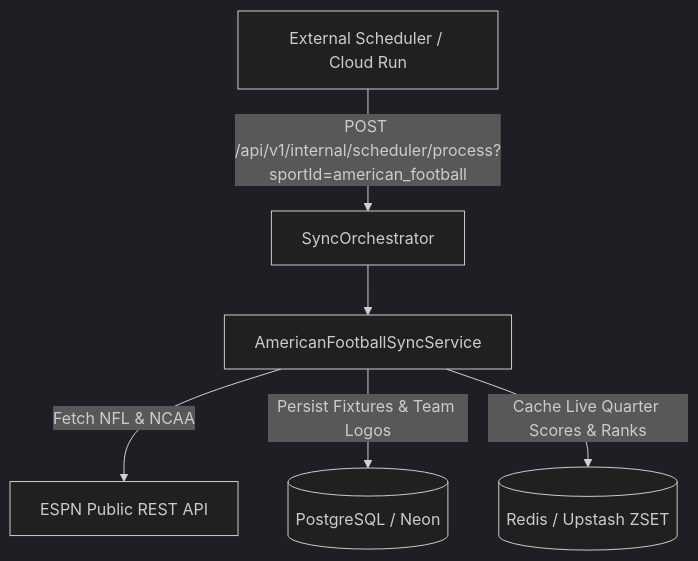
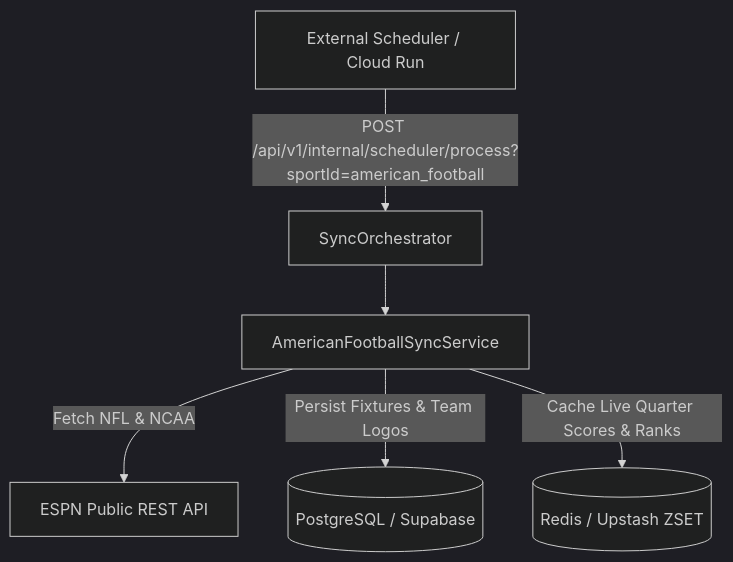
The diagram in docs/nfl_prd.md (lvmp/ligadospalpites-core), drawn with Mermaid (dark theme) before and after one commit. The commit also changed 18 other files, not shown here.

Commit message:
docs(persistence): migrate relational database standardization from Neon to Supabase PostgreSQL

````diff
--- a/docs/nfl_prd.md
+++ b/docs/nfl_prd.md
@@ -56,8 +56,8 @@
 ```mermaid
 graph TD
     A[External Scheduler / Cloud Run] -->|POST /api/v1/internal/scheduler/process?sportId=american_football| B[SyncOrchestrator]
     B --> C[AmericanFootballSyncService]
     C -->|Fetch NFL & NCAA| D[ESPN Public REST API]
-    C -->|Persist Fixtures & Team Logos| E[(PostgreSQL / Neon)]
+    C -->|Persist Fixtures & Team Logos| E[(PostgreSQL / Supabase)]
     C -->|Cache Live Quarter Scores & Ranks| F[(Redis / Upstash ZSET)]
 ```
````
